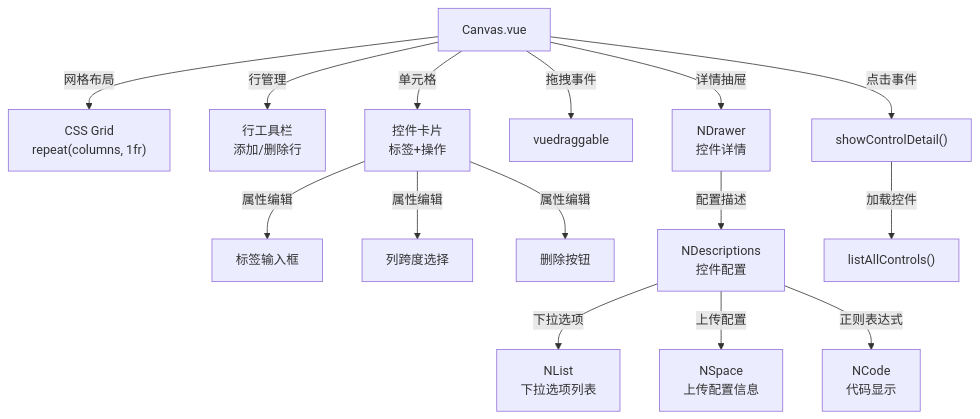
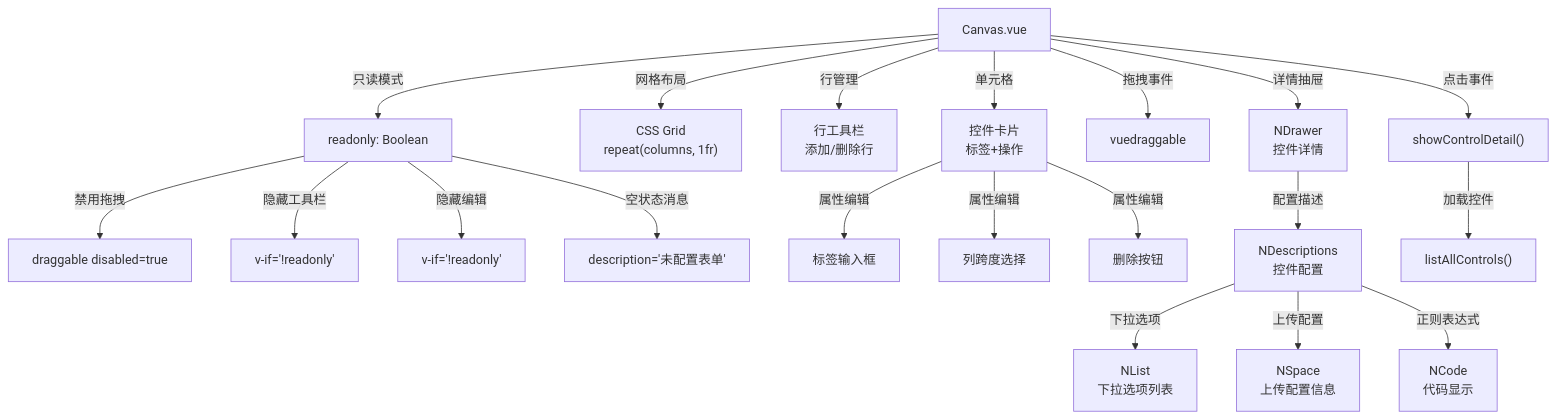
The sixth of 12 diagrams in .qoder/repowiki/zh/content/前端架构设计/拖拽式表单设计器.md (NJMrLi/genetics), drawn with Mermaid before and after one commit. The commit also changed other lines of this file and 3 other files, not shown here.

````diff
--- a/.qoder/repowiki/zh/content/前端架构设计/拖拽式表单设计器.md
+++ b/.qoder/repowiki/zh/content/前端架构设计/拖拽式表单设计器.md
@@ -293,17 +312,22 @@
 ```mermaid
 graph TB
-Canvas["Canvas.vue"] --> |网格布局| Grid["CSS Grid<br/>repeat(columns, 1fr)"]
+Canvas["Canvas.vue"] --> |只读模式| ReadOnly["readonly: Boolean"]
+ReadOnly --> |禁用拖拽| DisabledDrag["draggable disabled=true"]
+ReadOnly --> |隐藏工具栏| HideToolbar["v-if='!readonly'"]
+ReadOnly --> |隐藏编辑| HideEdit["v-if='!readonly'"]
+ReadOnly --> |空状态消息| EmptyMsg["description='未配置表单'"]
+Canvas --> |网格布局| Grid["CSS Grid<br/>repeat(columns, 1fr)"]
 Canvas --> |行管理| Row["行工具栏<br/>添加/删除行"]
 Canvas --> |单元格| Cell["控件卡片<br/>标签+操作"]
 Cell --> |属性编辑| Label["标签输入框"]
 Cell --> |属性编辑| Span["列跨度选择"]
 Cell --> |属性编辑| Delete["删除按钮"]
 Canvas --> |拖拽事件| Draggable["vuedraggable"]
 Canvas --> |详情抽屉| Drawer["NDrawer<br/>控件详情"]
 Drawer --> |配置描述| Descriptions["NDescriptions<br/>控件配置"]
 Descriptions --> |下拉选项| List["NList<br/>下拉选项列表"]
 Descriptions --> |上传配置| UploadConfig["NSpace<br/>上传配置信息"]
 Descriptions --> |正则表达式| Code["NCode<br/>代码显示"]
 Canvas --> |点击事件| Click["showControlDetail()"]
 Click --> |加载控件| LoadControls["listAllControls()"]
 ```
````
